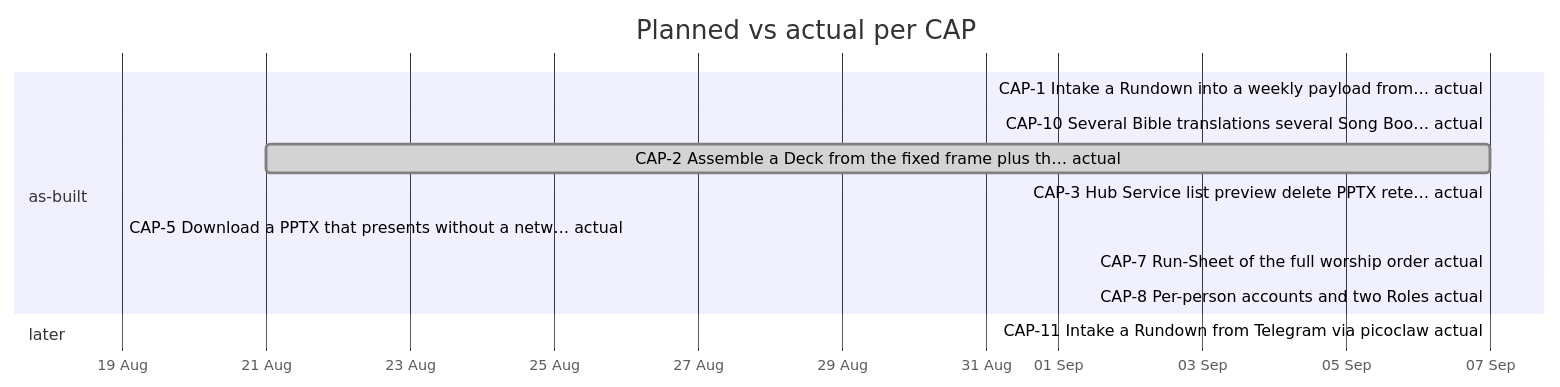
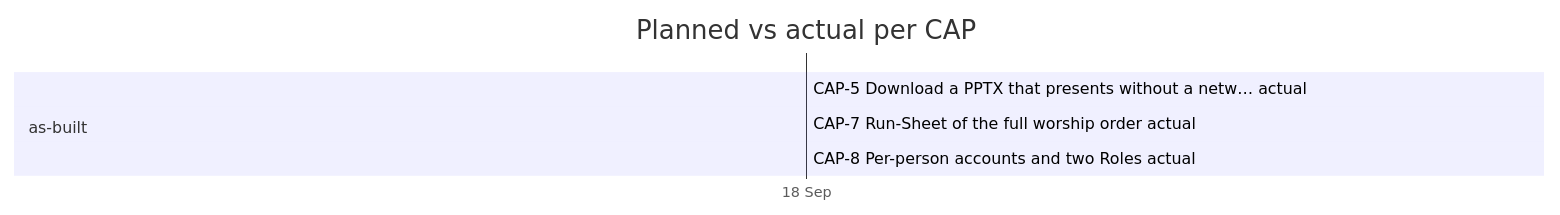
Before and after one commit to wiradeltaid/worship-deck: the diagram in .control/generated/timeline.md, drawn with Mermaid. The commit also changed other lines of this file and 3 other files, not shown here.

First line of the commit message:
docs(report): update generated progress report and timeline for DEC-060 (#102)

````diff
--- a/.control/generated/timeline.md
+++ b/.control/generated/timeline.md
@@ -7,19 +7,12 @@
 ```mermaid
 gantt
     dateFormat YYYY-MM-DD
     axisFormat %d %b
     title Planned vs actual per CAP
 
     section as-built
-    CAP-1 Intake a Rundown into a weekly payload from… actual :done, cap1a, 2026-09-07, 2026-09-07
-    CAP-10 Several Bible translations  several Song Boo… actual :done, cap10a, 2026-09-07, 2026-09-07
-    CAP-2 Assemble a Deck from the fixed frame plus th… actual :done, cap2a, 2026-08-21, 2026-09-07
-    CAP-3 Hub Service list  preview  delete  PPTX rete… actual :done, cap3a, 2026-09-07, 2026-09-07
-    CAP-5 Download a PPTX that presents without a netw… actual :done, cap5a, 2026-08-19, 2026-08-19
-    CAP-7 Run-Sheet of the full worship order actual :done, cap7a, 2026-09-07, 2026-09-07
-    CAP-8 Per-person accounts and two Roles actual :done, cap8a, 2026-09-07, 2026-09-07
-
-    section later
-    CAP-11 Intake a Rundown from Telegram via picoclaw actual :done, cap11a, 2026-09-07, 2026-09-07
+    CAP-5 Download a PPTX that presents without a netw… actual :done, cap5a, 2026-09-18, 2026-09-18
+    CAP-7 Run-Sheet of the full worship order actual :done, cap7a, 2026-09-18, 2026-09-18
+    CAP-8 Per-person accounts and two Roles actual :done, cap8a, 2026-09-18, 2026-09-18
 
 ```
````
